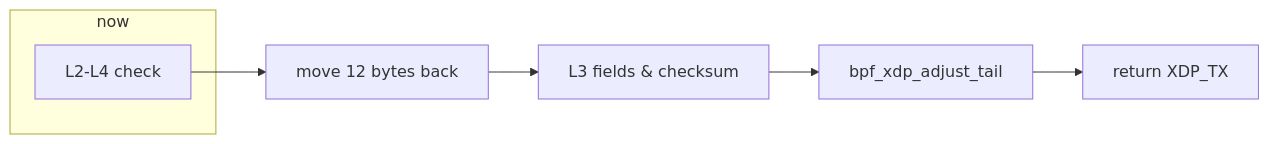
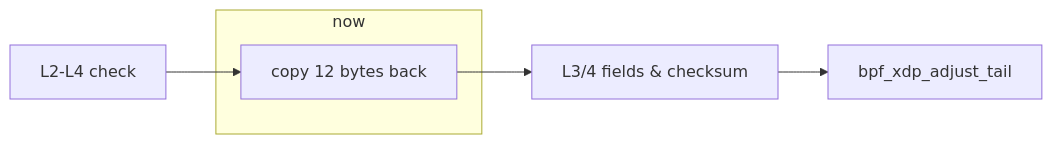
One commit to myl7/xdptun changed the seventh of 11 diagrams in docs/thesis/pre/slides.md. Above: the diagram before and after it, drawn with Mermaid. The commit also changed other lines of this file and 1 other file, not shown here.

Commit message:
Update process and enhance check in ingress

````diff
--- a/docs/thesis/pre/slides.md
+++ b/docs/thesis/pre/slides.md
@@ -309,7 +310,7 @@
 ```mermaid
 flowchart LR
-  S1[L2-L4 check] --> S2[move 12 bytes back] --> S3[L3 fields & checksum] --> S4[bpf_xdp_adjust_tail] --> S5[return XDP_TX]
+  S1[L2-L4 check] --> S2[copy 12 bytes back] --> S3[L3/4 fields & checksum] --> S4[bpf_xdp_adjust_tail]
   subgraph now
-    S1
+    S2
   end
 ```
````
